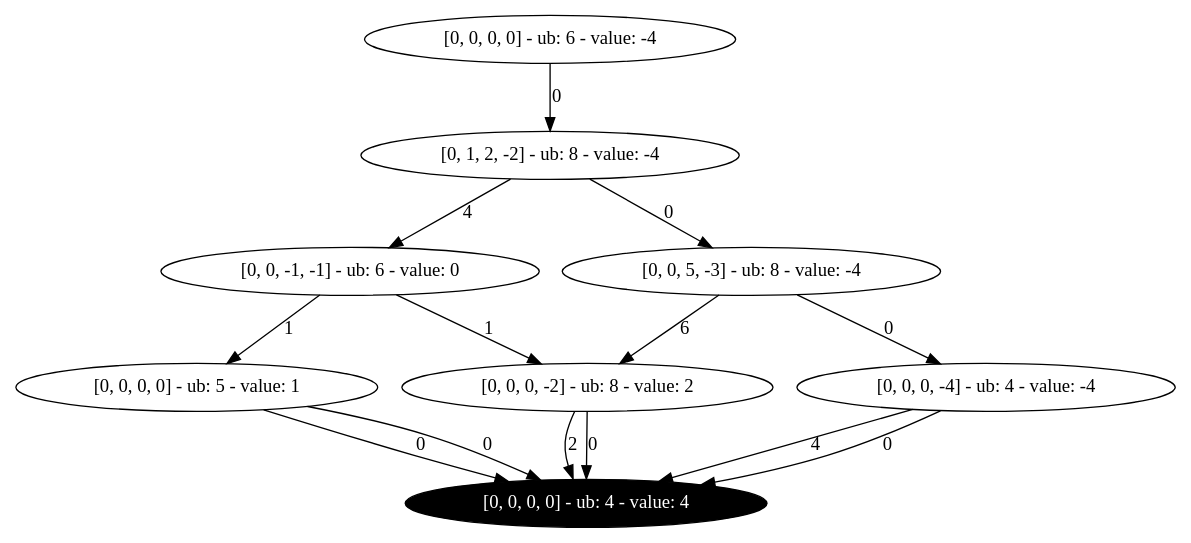
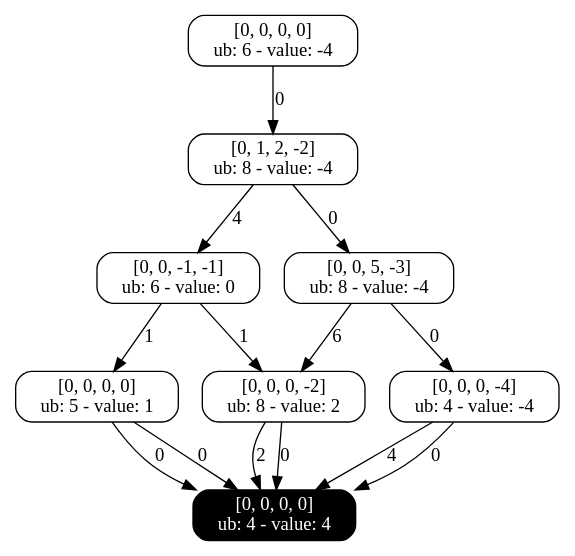
One commit to DDOLIB-CETIC-UCL/DDOLib changed the diagram in output/MCPProblem_exact.dot. Above: the diagram before and after it, drawn with Graphviz. The commit also changed 7 other files, not shown here.

```diff
--- a/output/MCPProblem_exact.dot
+++ b/output/MCPProblem_exact.dot
@@ -1,23 +1,31 @@
-Digraph restricted{
-2108649164 [label="[0, 0, 0, 0] - ub: 6 - value: -4", tooltip="Exact node"];
-824318946 [label="[0, 1, 2, -2] - ub: 8 - value: -4", tooltip="Exact node"];
-2108649164 -> 824318946 [label=0tooltip="Decision: assign 0 to var 0"];
-930990596 [label="[0, 0, -1, -1] - ub: 6 - value: 0", tooltip="Exact node"];
-824318946 -> 930990596 [label=4tooltip="Decision: assign 1 to var 1"];
-1921595561 [label="[0, 0, 5, -3] - ub: 8 - value: -4", tooltip="Exact node"];
-824318946 -> 1921595561 [label=0tooltip="Decision: assign 0 to var 1"];
-1190654826 [label="[0, 0, 0, -2] - ub: 8 - value: 2", tooltip="Exact node"];
-930990596 -> 1190654826 [label=1tooltip="Decision: assign 0 to var 2"];
-1921595561 -> 1190654826 [label=6tooltip="Decision: assign 1 to var 2"];
-1109371569 [label="[0, 0, 0, -4] - ub: 4 - value: -4", tooltip="Exact node"];
-1921595561 -> 1109371569 [label=0tooltip="Decision: assign 0 to var 2"];
-728890494 [label="[0, 0, 0, 0] - ub: 5 - value: 1", tooltip="Exact node"];
-930990596 -> 728890494 [label=1tooltip="Decision: assign 1 to var 2"];
-1558600329 [label="[0, 0, 0, 0] - ub: 4 - value: 4", tooltip="Exact node", color=black, style=filled, fontcolor=white, tooltip="Terminal node"];
-1190654826 -> 1558600329 [label=2tooltip="Decision: assign 0 to var 3"];
-1190654826 -> 1558600329 [label=0tooltip="Decision: assign 1 to var 3"];
-1109371569 -> 1558600329 [label=4tooltip="Decision: assign 0 to var 3"];
-1109371569 -> 1558600329 [label=0tooltip="Decision: assign 1 to var 3"];
-728890494 -> 1558600329 [label=0tooltip="Decision: assign 0 to var 3"];
-728890494 -> 1558600329 [label=0tooltip="Decision: assign 1 to var 3"];
+Digraph exact{
+835648992 [label="[0, 0, 0, 0]
+ub: 6 - value: -4", style=rounded, shape=rectangle, tooltip="Exact node"];
+1368884364 [label="[0, 1, 2, -2]
+ub: 8 - value: -4", style=rounded, shape=rectangle, tooltip="Exact node"];
+835648992 -> 1368884364 [label=0, tooltip="Decision: assign 0 to var 0"];
+401625763 [label="[0, 0, -1, -1]
+ub: 6 - value: 0", style=rounded, shape=rectangle, tooltip="Exact node"];
+1368884364 -> 401625763 [label=4, tooltip="Decision: assign 1 to var 1"];
+772777427 [label="[0, 0, 5, -3]
+ub: 8 - value: -4", style=rounded, shape=rectangle, tooltip="Exact node"];
+1368884364 -> 772777427 [label=0, tooltip="Decision: assign 0 to var 1"];
+1029991479 [label="[0, 0, 0, -2]
+ub: 8 - value: 2", style=rounded, shape=rectangle, tooltip="Exact node"];
+401625763 -> 1029991479 [label=1, tooltip="Decision: assign 0 to var 2"];
+772777427 -> 1029991479 [label=6, tooltip="Decision: assign 1 to var 2"];
+1104106489 [label="[0, 0, 0, -4]
+ub: 4 - value: -4", style=rounded, shape=rectangle, tooltip="Exact node"];
+772777427 -> 1104106489 [label=0, tooltip="Decision: assign 0 to var 2"];
+94438417 [label="[0, 0, 0, 0]
+ub: 5 - value: 1", style=rounded, shape=rectangle, tooltip="Exact node"];
+401625763 -> 94438417 [label=1, tooltip="Decision: assign 1 to var 2"];
+787604730 [label="[0, 0, 0, 0]
+ub: 4 - value: 4", style=rounded, shape=rectangle, tooltip="Exact node", style="filled, rounded", shape=rectangle, color=black, fontcolor=white, tooltip="Terminal node"];
+1029991479 -> 787604730 [label=2, tooltip="Decision: assign 0 to var 3"];
+1029991479 -> 787604730 [label=0, tooltip="Decision: assign 1 to var 3"];
+1104106489 -> 787604730 [label=4, tooltip="Decision: assign 0 to var 3"];
+1104106489 -> 787604730 [label=0, tooltip="Decision: assign 1 to var 3"];
+94438417 -> 787604730 [label=0, tooltip="Decision: assign 0 to var 3"];
+94438417 -> 787604730 [label=0, tooltip="Decision: assign 1 to var 3"];
 }
```
